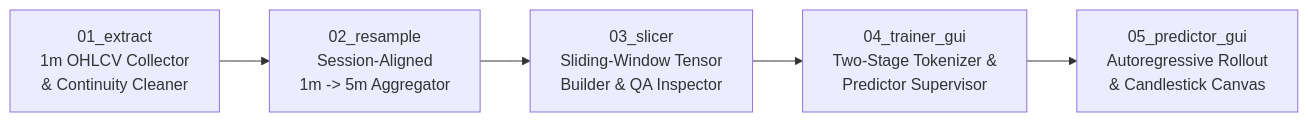
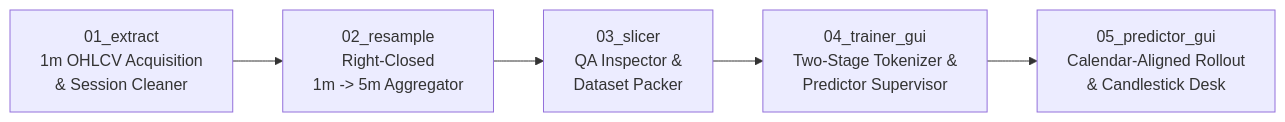
The diagram in README.md (Ziqi/KLine-Kronos-Suite), drawn with Mermaid before and after one commit. The commit also changed other lines of this file and 41 other files, not shown here.

````diff
--- a/README.md
+++ b/README.md
@@ -17,7 +29,7 @@
 ```mermaid
 flowchart LR
-    S1["01_extract<br/>1m OHLCV Collector<br/>& Continuity Cleaner"] --> S2["02_resample<br/>Session-Aligned<br/>1m -> 5m Aggregator"]
-    S2 --> S3["03_slicer<br/>Sliding-Window Tensor<br/>Builder & QA Inspector"]
+    S1["01_extract<br/>1m OHLCV Acquisition<br/>& Session Cleaner"] --> S2["02_resample<br/>Right-Closed<br/>1m -> 5m Aggregator"]
+    S2 --> S3["03_slicer<br/>QA Inspector &<br/>Dataset Packer"]
     S3 --> S4["04_trainer_gui<br/>Two-Stage Tokenizer &<br/>Predictor Supervisor"]
-    S4 --> S5["05_predictor_gui<br/>Autoregressive Rollout<br/>& Candlestick Canvas"]
+    S4 --> S5["05_predictor_gui<br/>Calendar-Aligned Rollout<br/>& Candlestick Desk"]
 ```
````
